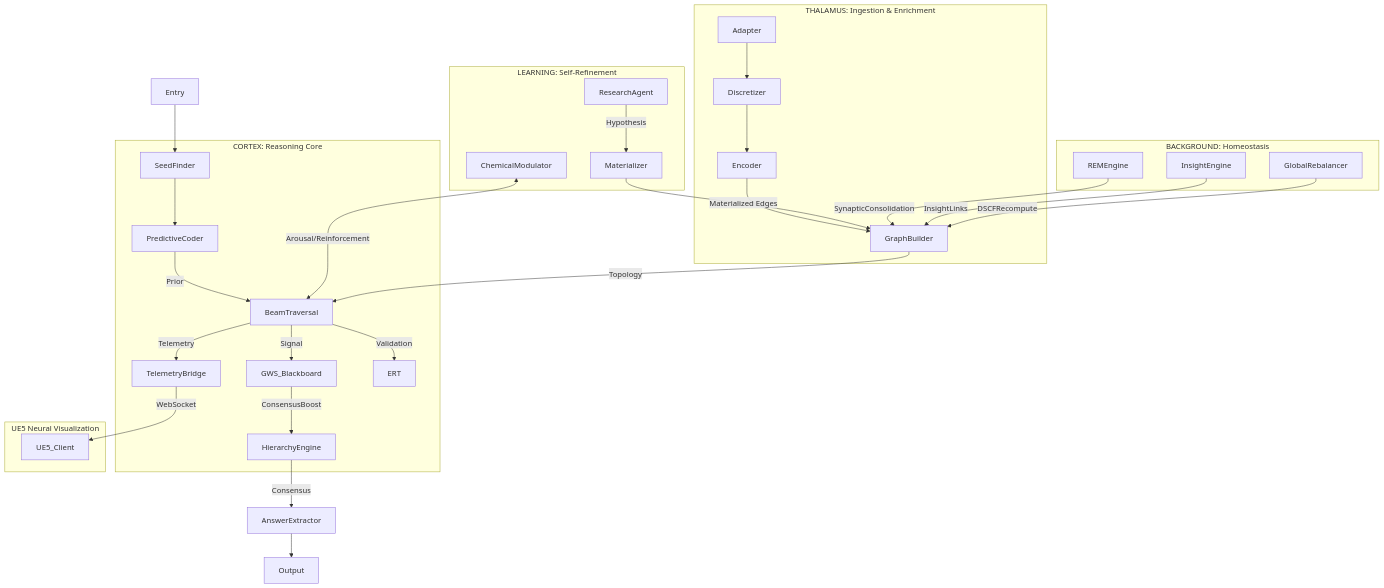
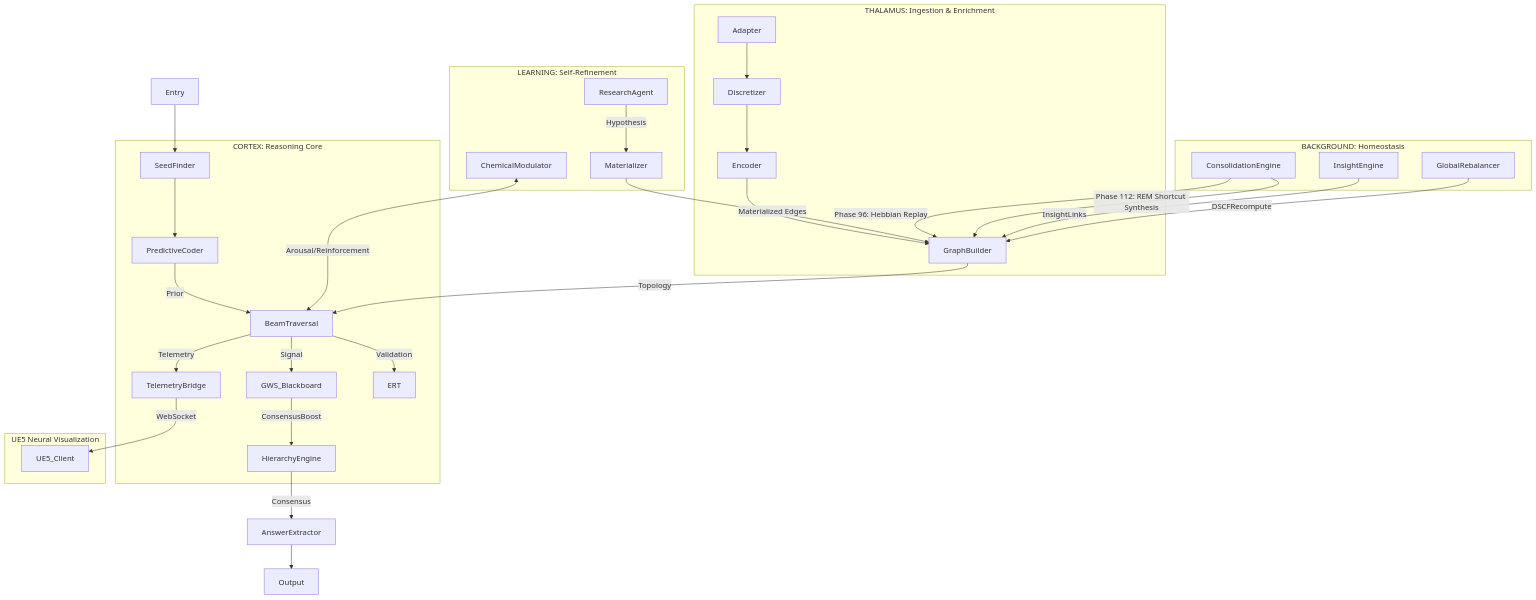
The diagram in docs/ARCHITECTURE.md (BrutalByte/CEREBRUM), drawn with Mermaid before and after one commit. The commit also changed other lines of this file and 109 other files, not shown here.

````diff
--- a/docs/ARCHITECTURE.md
+++ b/docs/ARCHITECTURE.md
@@ -7,40 +7,41 @@
 ```mermaid
 graph TD
     %% Entry Points
     Entry --> SeedFinder
     
     subgraph THALAMUS [THALAMUS: Ingestion & Enrichment]
         Adapter --> Discretizer
         Discretizer --> Encoder
         Encoder --> GraphBuilder
     end
     
     subgraph CORTEX [CORTEX: Reasoning Core]
         SeedFinder --> PredictiveCoder
         PredictiveCoder -->|Prior| BeamTraversal
         BeamTraversal -->|Signal| GWS_Blackboard
         GWS_Blackboard -->|ConsensusBoost| HierarchyEngine
         BeamTraversal -->|Telemetry| TelemetryBridge
         BeamTraversal -->|Validation| ERT
     end
     
     subgraph LEARNING [LEARNING: Self-Refinement]
         ChemicalModulator <-->|Arousal/Reinforcement| BeamTraversal
         ResearchAgent -->|Hypothesis| Materializer
         Materializer -->|Materialized Edges| GraphBuilder
     end
     
     subgraph BACKGROUND [BACKGROUND: Homeostasis]
-        REMEngine -->|SynapticConsolidation| GraphBuilder
+        ConsolidationEngine -->|Phase 96: Hebbian Replay| GraphBuilder
+        ConsolidationEngine -->|Phase 112: REM Shortcut Synthesis| GraphBuilder
         InsightEngine -->|InsightLinks| GraphBuilder
         GlobalRebalancer -->|DSCFRecompute| GraphBuilder
     end
     
     subgraph VISUAL [UE5 Neural Visualization]
         TelemetryBridge -->|WebSocket| UE5_Client
     end
     
     GraphBuilder -->|Topology| BeamTraversal
     HierarchyEngine -->|Consensus| AnswerExtractor
     AnswerExtractor --> Output
 ```
````
